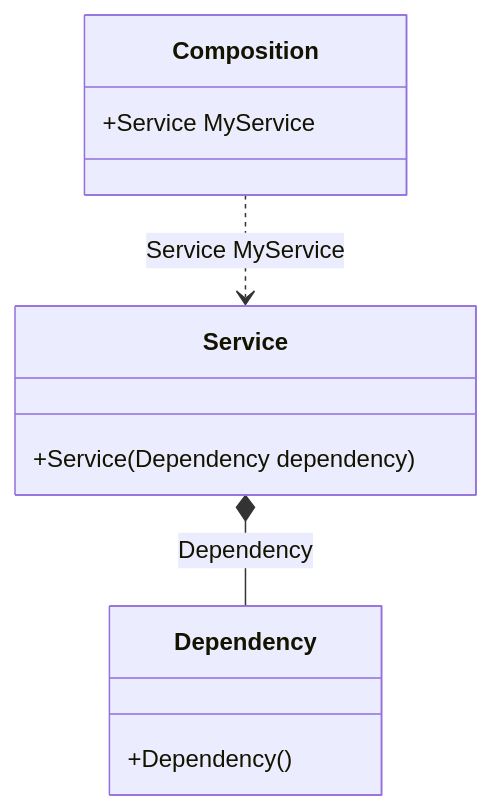
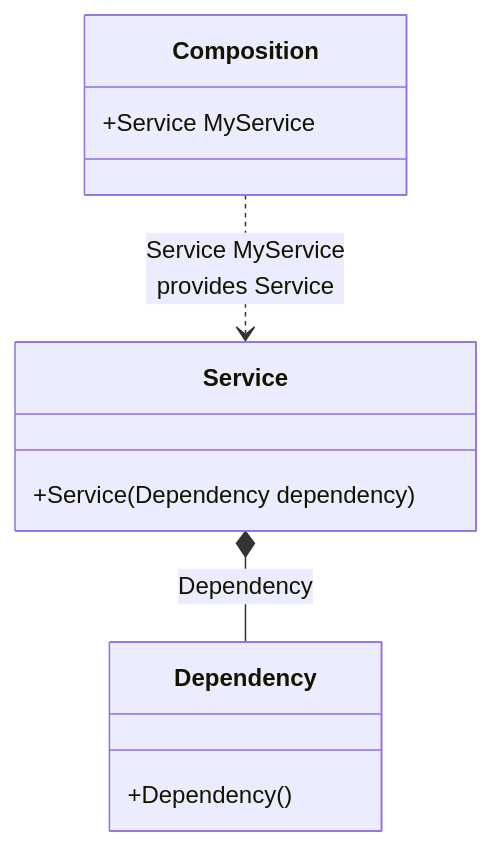
One commit to DevTeam/Pure.DI changed the diagram in readme/auto-bindings.md. Above: the diagram before and after it, drawn with Mermaid. The commit also changed other lines of this file and 73 other files, not shown here.

````diff
--- a/readme/auto-bindings.md
+++ b/readme/auto-bindings.md
@@ -30,14 +30,14 @@
 ```mermaid
 classDiagram
   class Composition {
     +Service MyService
   }
   class Dependency {
     +Dependency()
   }
   class Service {
     +Service(Dependency dependency)
   }
   Service *--  Dependency : Dependency
-  Composition ..> Service : Service MyService
+  Composition ..> Service : Service MyService<br/>provides Service
 ```
````
